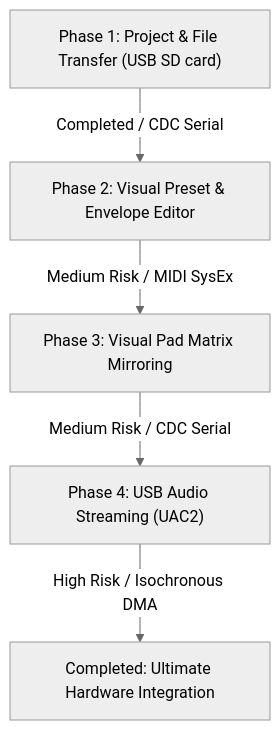
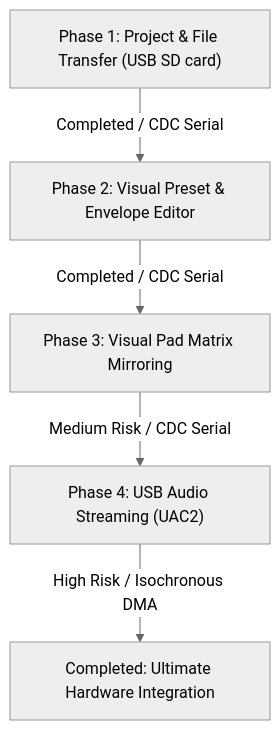
Before and after one commit to trudaine/deluje: the diagram in docs/usb_integration_roadmap.md, drawn with Mermaid (neutral theme). The commit also changed other lines of this file, not shown here.

Commit message:
docs: Mark Phase 2 as completed in roadmap

````diff
--- a/docs/usb_integration_roadmap.md
+++ b/docs/usb_integration_roadmap.md
@@ -28,7 +28,7 @@
 ```mermaid
 graph TD
     A["Phase 1: Project & File Transfer (USB SD card)"] -->|Completed / CDC Serial| B["Phase 2: Visual Preset & Envelope Editor"]
-    B -->|Medium Risk / MIDI SysEx| C["Phase 3: Visual Pad Matrix Mirroring"]
+    B -->|Completed / CDC Serial| C["Phase 3: Visual Pad Matrix Mirroring"]
     C -->|Medium Risk / CDC Serial| D["Phase 4: USB Audio Streaming (UAC2)"]
     D -->|High Risk / Isochronous DMA| E["Completed: Ultimate Hardware Integration"]
 ```
````
